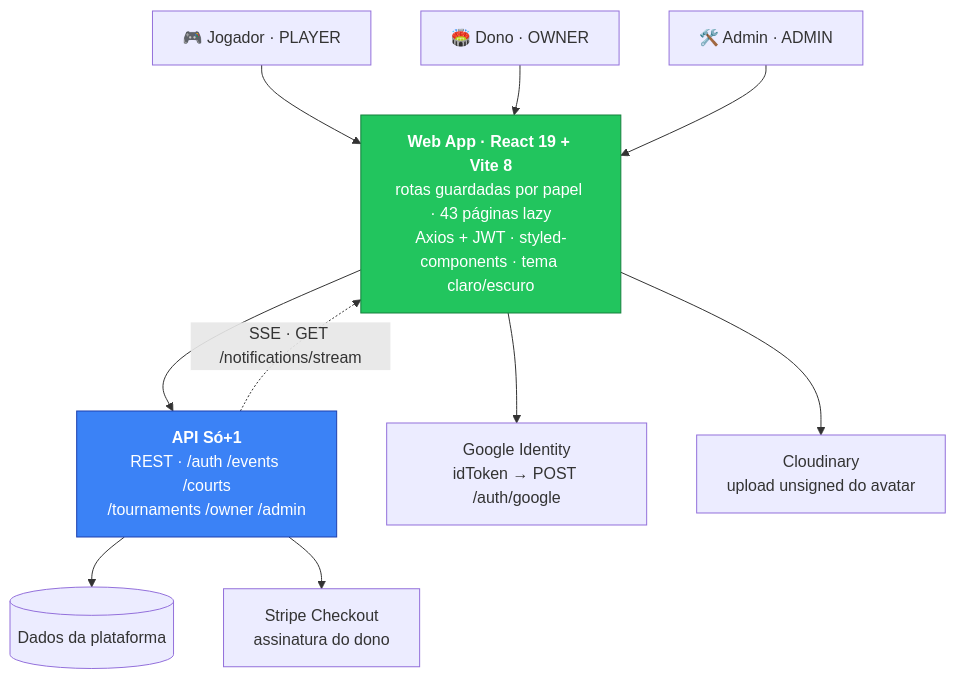
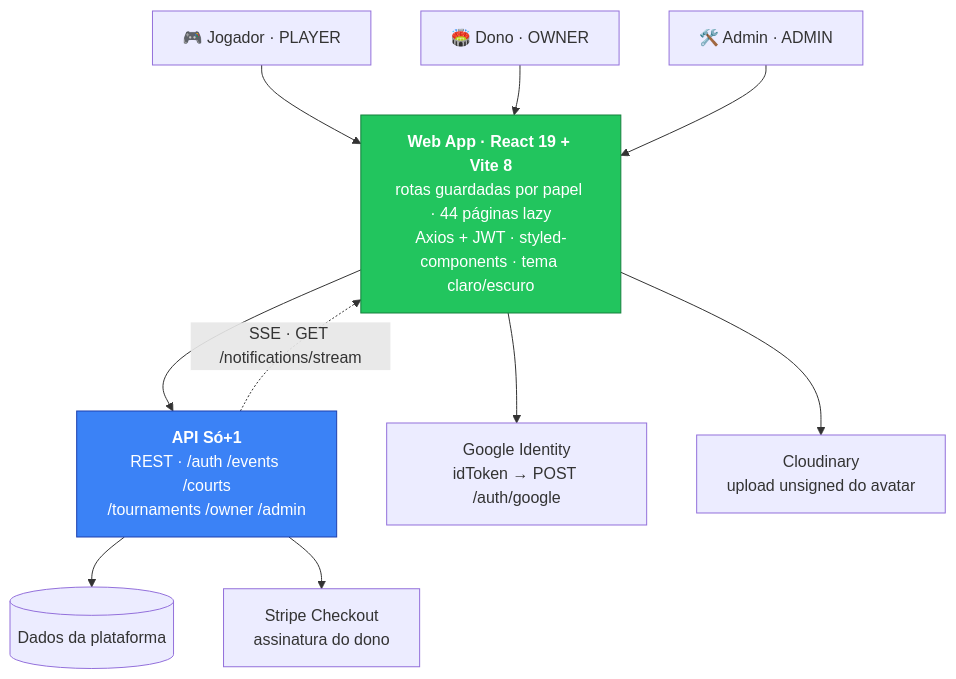
The diagram in README.md (mateus-vitor-ferreira-dev/so-mais-um-web), drawn with Mermaid before and after one commit. The commit also changed other lines of this file and 28 other files, not shown here.

````diff
--- a/README.md
+++ b/README.md
@@ -61,20 +61,20 @@
 ```mermaid
 flowchart TB
     P["🎮 Jogador · PLAYER"] --> WEB
     O["🏟️ Dono · OWNER"] --> WEB
     A["🛠️ Admin · ADMIN"] --> WEB
 
-    WEB["<b>Web App · React 19 + Vite 8</b><br/>rotas guardadas por papel · 43 páginas lazy<br/>Axios + JWT · styled-components · tema claro/escuro"]
+    WEB["<b>Web App · React 19 + Vite 8</b><br/>rotas guardadas por papel · 44 páginas lazy<br/>Axios + JWT · styled-components · tema claro/escuro"]
 
     WEB --> API["<b>API Só+1</b><br/>REST · /auth /events /courts<br/>/tournaments /owner /admin"]
     WEB --> G["Google Identity<br/>idToken → POST /auth/google"]
     WEB --> CL["Cloudinary<br/>upload unsigned do avatar"]
 
     API --> DB[("Dados da plataforma")]
     API --> ST["Stripe Checkout<br/>assinatura do dono"]
 
     API -. "SSE · GET /notifications/stream" .-> WEB
 
     style WEB fill:#22C55E,stroke:#15803d,color:#fff
     style API fill:#3B82F6,stroke:#1e40af,color:#fff
 ```
````
